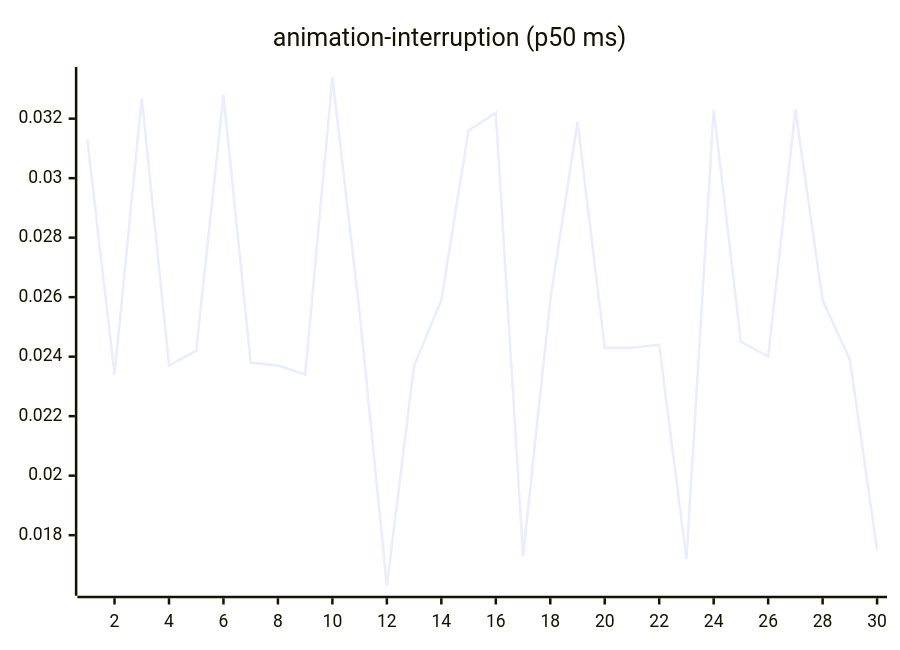
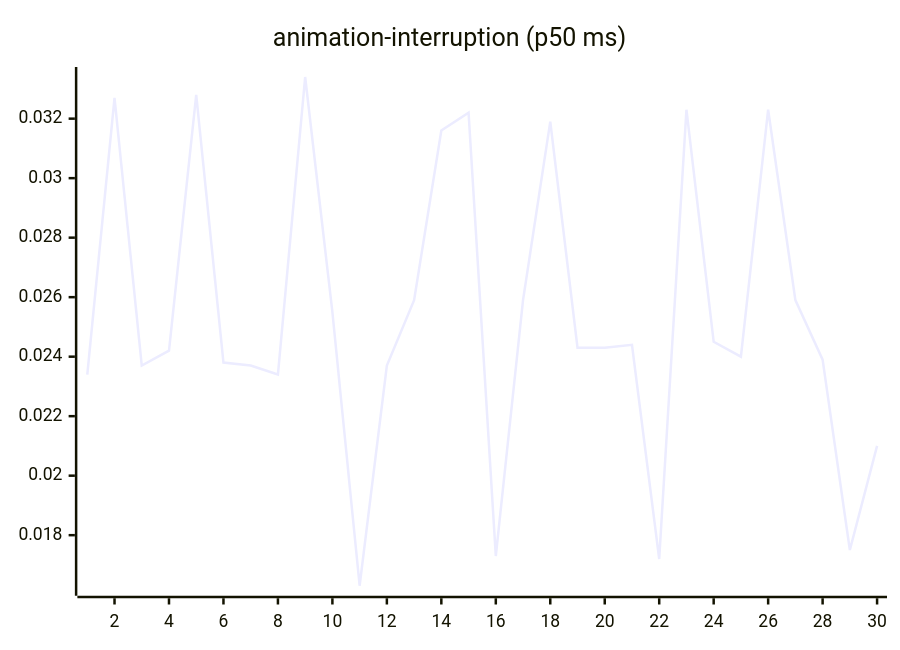
The third of 27 diagrams in README.md (josha/Facet), drawn with Mermaid before and after one commit. The commit also changed other lines of this file and 2 other files, not shown here.

````diff
--- a/README.md
+++ b/README.md
@@ -77,6 +77,6 @@
 ```mermaid
 xychart-beta
     title "animation-interruption (p50 ms)"
     x-axis 1 --> 30
-    line [0.0313, 0.0234, 0.0327, 0.0237, 0.0242, 0.0328, 0.0238, 0.0237, 0.0234, 0.0334, 0.0255, 0.0163, 0.0237, 0.0259, 0.0316, 0.0322, 0.0173, 0.0259, 0.0319, 0.0243, 0.0243, 0.0244, 0.0172, 0.0323, 0.0245, 0.0240, 0.0323, 0.0259, 0.0239, 0.0175]
+    line [0.0234, 0.0327, 0.0237, 0.0242, 0.0328, 0.0238, 0.0237, 0.0234, 0.0334, 0.0255, 0.0163, 0.0237, 0.0259, 0.0316, 0.0322, 0.0173, 0.0259, 0.0319, 0.0243, 0.0243, 0.0244, 0.0172, 0.0323, 0.0245, 0.0240, 0.0323, 0.0259, 0.0239, 0.0175, 0.0210]
 ```
````
